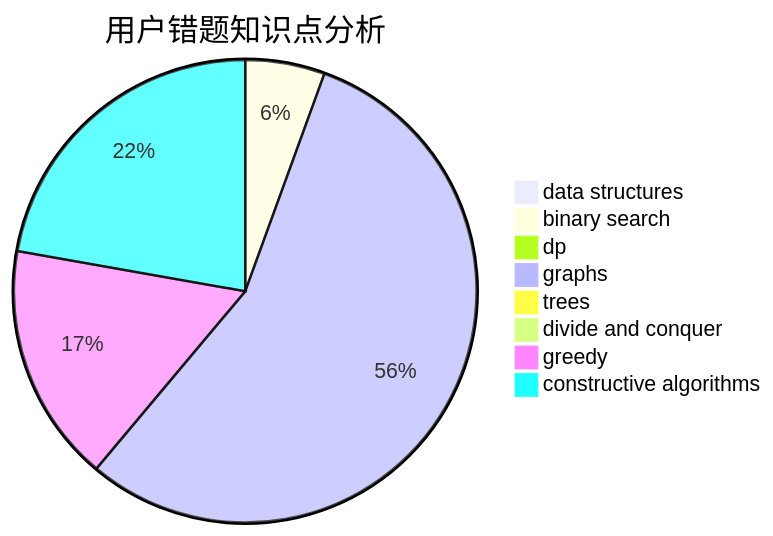
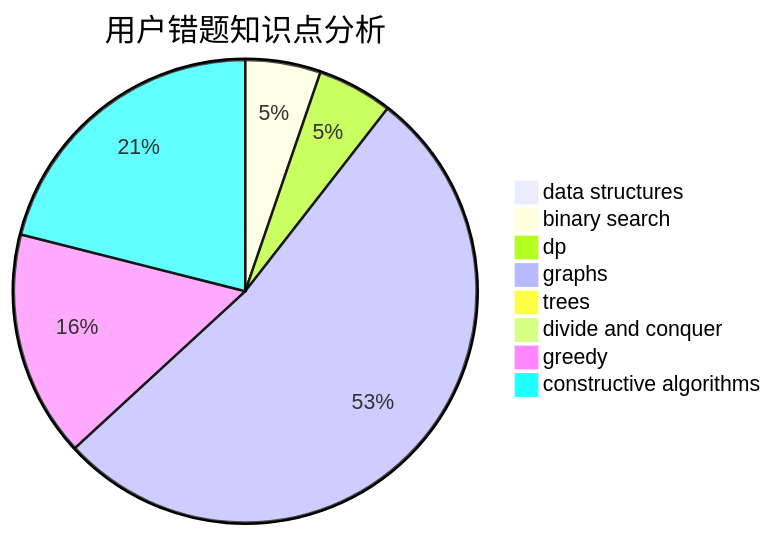
The third of 3 diagrams in docs/user/u228.md (sherpahu/cfrs.github.io), drawn with Mermaid before and after one commit. The commit also changed other lines of this file and 2770 other files, not shown here.

````diff
--- a/docs/user/u228.md
+++ b/docs/user/u228.md
@@ -36,11 +36,11 @@
 ```mermaid
 pie title 用户错题知识点分析
     "data structures" :  0
     "binary search" :  1
-    "dp" :  0
+    "dp" :  1
     "graphs" :  10
     "trees" :  0
     "divide and conquer" :  0
     "greedy" :  3
     "constructive algorithms" :  4
 ```
````
